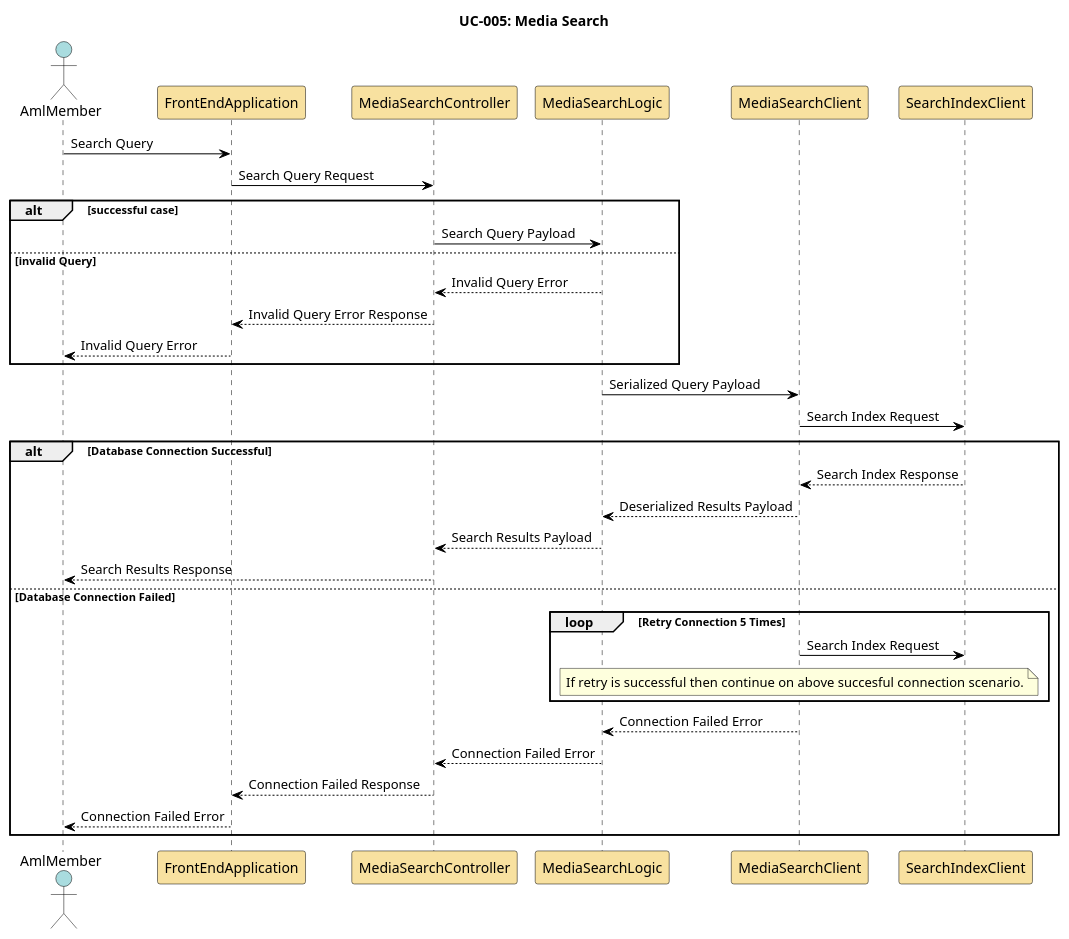
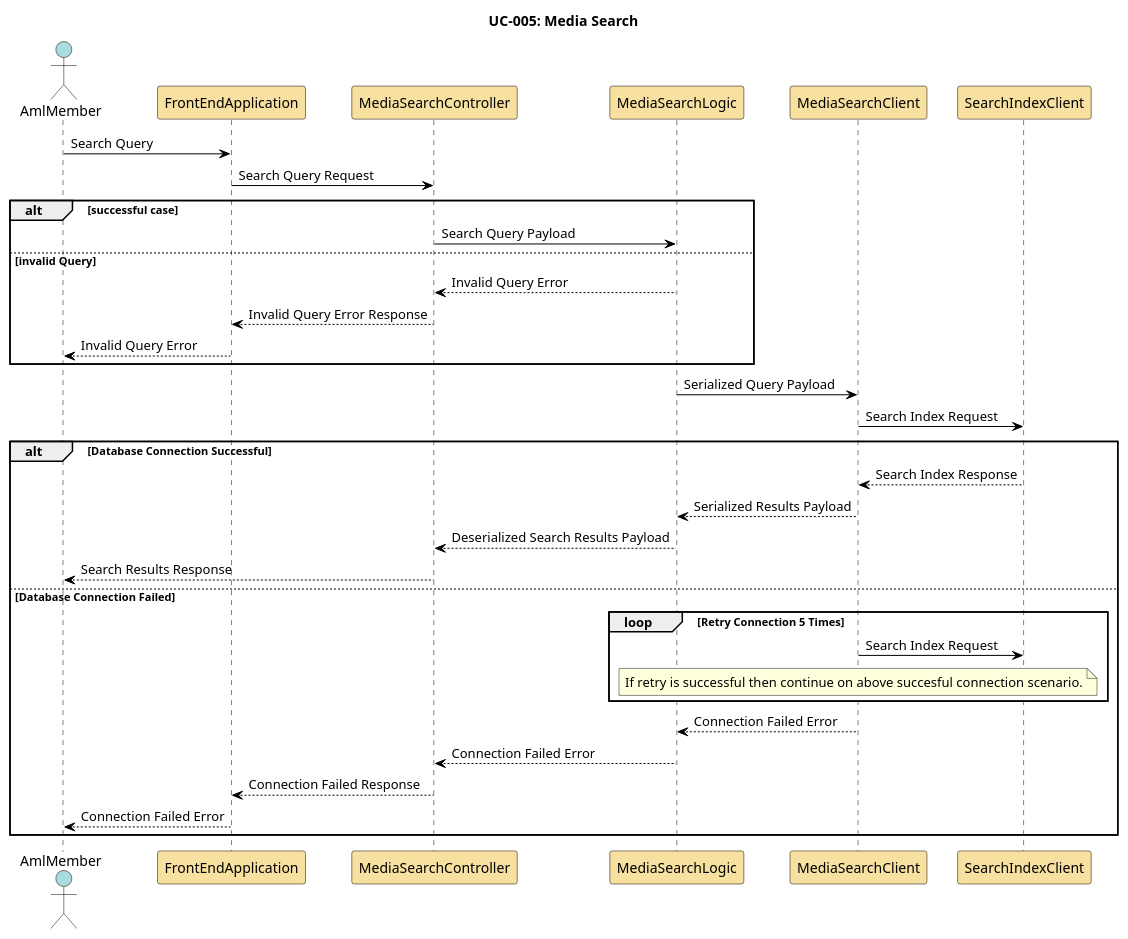
Before and after one commit to Nox-iv/group-11: the diagram in documentation/uml-sequence/media-search/media-search.puml, drawn with PlantUML.

Commit message:
small correction to diagram label.

```diff
--- a/documentation/uml-sequence/media-search/media-search.puml
+++ b/documentation/uml-sequence/media-search/media-search.puml
@@ -1,56 +1,56 @@
 @startuml media-search
 
 skinparam sequence {
     ActorBorderColor Black
     ActorBackgroundColor #A9DCDF
     ParticipantBorderColor Black
     ParticipantBackgroundColor #F8E1A0
     LifeLineBorderColor Black
     LifeLineBackgroundColor White
     NoteBorderColor Black
     NoteBackgroundColor #FEFECE
     ArrowColor Black
     ArrowThickness 1
     ActivationBorderColor Black
     ActivationBackgroundColor #B3E2CD
 }
 
 title UC-005: Media Search
 
 actor AmlMember as aml_member
 participant FrontEndApplication as front_end
 participant MediaSearchController as media_search_controller
 participant MediaSearchLogic as media_search_logic
 participant MediaSearchClient as media_search_client
 participant SearchIndexClient as media_search_index
 
 aml_member -> front_end: Search Query
 front_end -> media_search_controller: Search Query Request
 alt successful case
     media_search_controller -> media_search_logic: Search Query Payload
 else invalid Query
     media_search_logic --> media_search_controller: Invalid Query Error
     media_search_controller --> front_end: Invalid Query Error Response
     front_end --> aml_member: Invalid Query Error
 end
 media_search_logic -> media_search_client: Serialized Query Payload
 media_search_client -> media_search_index: Search Index Request
 alt Database Connection Successful
     media_search_index --> media_search_client: Search Index Response
-    media_search_client --> media_search_logic: Deserialized Results Payload
-    media_search_logic --> media_search_controller: Search Results Payload
+    media_search_client --> media_search_logic: Serialized Results Payload
+    media_search_logic --> media_search_controller: Deserialized Search Results Payload
     media_search_controller --> aml_member: Search Results Response
 else Database Connection Failed
     loop Retry Connection 5 Times
     media_search_client -> media_search_index: Search Index Request
     note over media_search_client
     If retry is successful then continue on above succesful connection scenario.
     end note
     end
     media_search_client --> media_search_logic: Connection Failed Error
     media_search_logic --> media_search_controller: Connection Failed Error
     media_search_controller --> front_end: Connection Failed Response
     front_end --> aml_member: Connection Failed Error
 end
 
 @enduml
```
